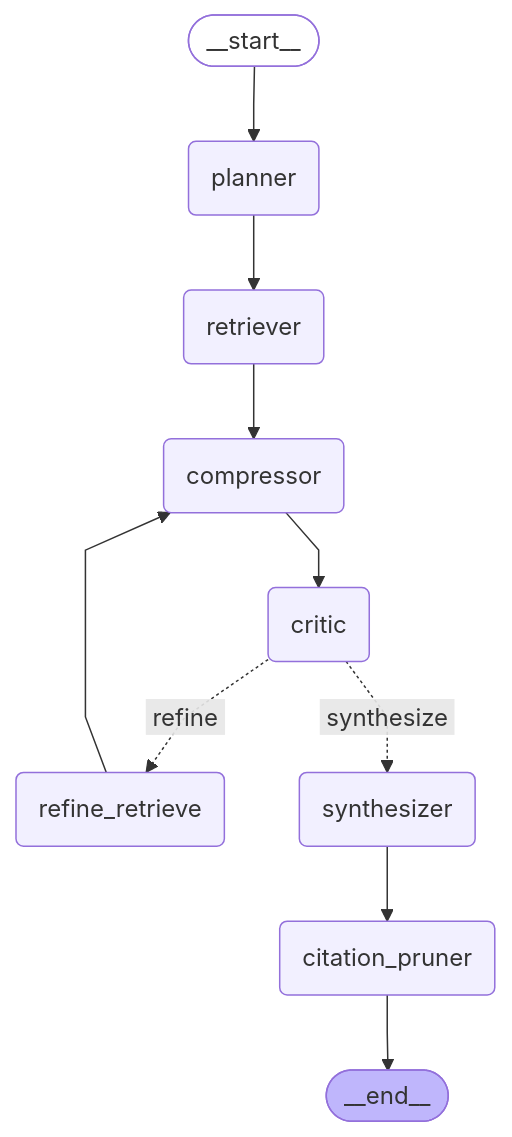
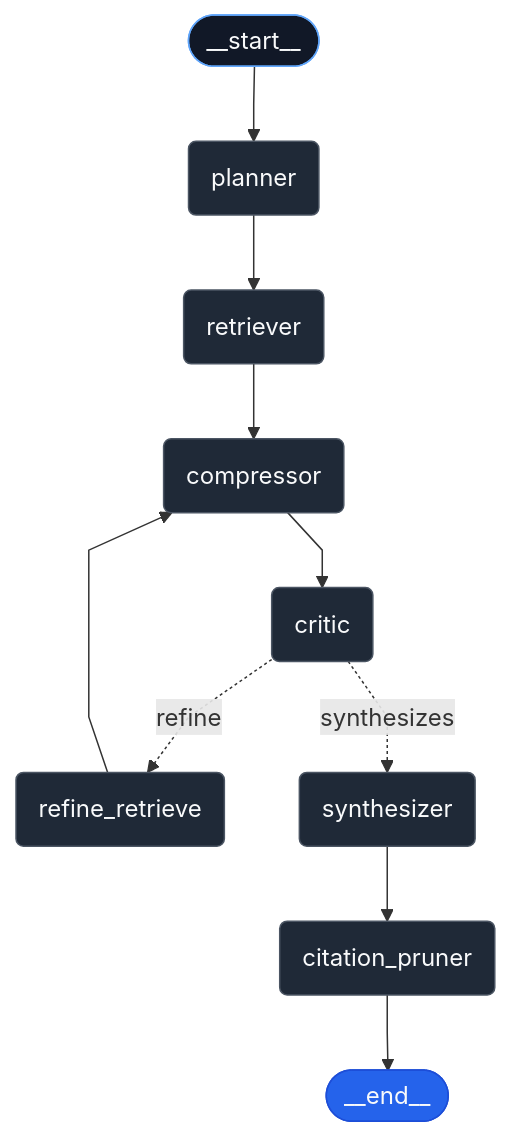
The diagram in README.md (scmclimited/deep_rag), drawn with Mermaid before and after one commit.

Commit message:
Refactor critic relationships and update styles
mermaid graph styling

````diff
--- a/README.md
+++ b/README.md
@@ -5,30 +5,30 @@
 ```mermaid
 ---
 config:
   flowchart:
     curve: linear
 ---
 graph TD;
 	__start__([<p>__start__</p>]):::first
 	planner(planner)
 	retriever(retriever)
 	compressor(compressor)
 	critic(critic)
 	refine_retrieve(refine_retrieve)
 	synthesizer(synthesizer)
 	citation_pruner(citation_pruner)
 	__end__([<p>__end__</p>]):::last
 	__start__ --> planner;
 	citation_pruner --> __end__;
 	compressor --> critic;
 	planner --> retriever;
 	refine_retrieve --> compressor;
 	retriever --> compressor;
 	synthesizer --> citation_pruner;
-	critic -. &nbsp;refine&nbsp; .-> refine_retrieve;
-	critic -. &nbsp;synthesize&nbsp; .-> synthesizer;
-	classDef default fill:#f2f0ff,line-height:1.2
-	classDef first fill-opacity:0
-	classDef last fill:#bfb6fc
+	critic -. refine .-> refine_retrieve;
+	critic -. synthesizes .-> synthesizer;
+	classDef default fill:#1f2937,color:#f9fafb,stroke:#4b5563,line-height:1.2;
+	classDef first fill:#111827,color:#f9fafb,stroke:#60a5fa;
+	classDef last fill:#2563eb,color:#f9fafb,stroke:#1d4ed8;
 
 ```
````
